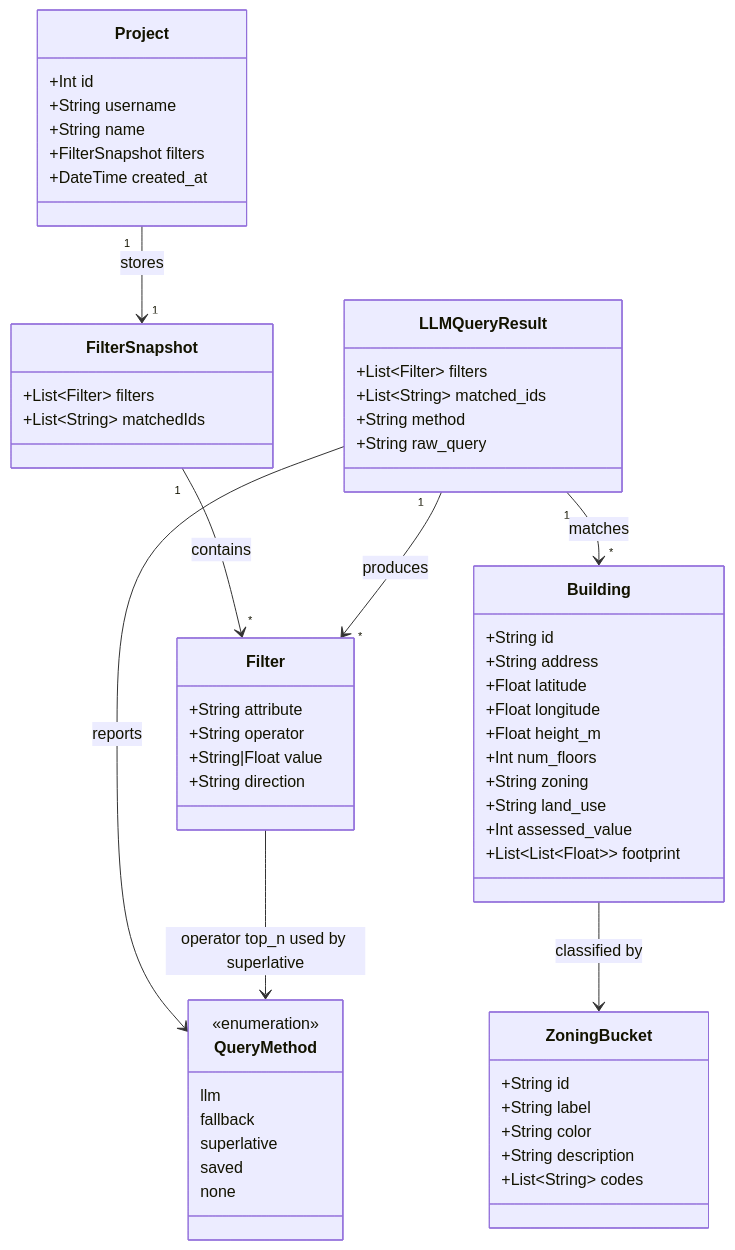
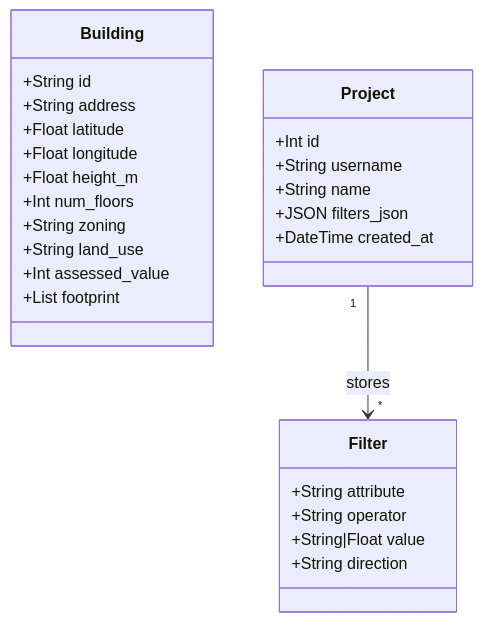
The diagram in docs/uml/class-diagram.mmd (yuvisondh/CityScope-Calgary), drawn with Mermaid before and after one commit. The commit also changed 1 other file, not shown here.

Commit message:
docs(uml): simplify class and sequence diagrams to match brief scope
Class diagram: 3 entities only (Building, Project, Filter). Removed
LLMQueryResult, FilterSnapshot, ZoningBucket, QueryMethod enum. Single
relationship: Project stores a list of Filters.

Sequence diagram: 4 participants (User, Frontend, Backend, Groq LLM).
Superlative preprocessor and regex fallback moved to a Note as internal
backend steps. ~8 steps total: query → POST → Groq → filters → apply
→ matched_ids → highlight. One alt block for Groq failure.

```diff
--- a/docs/uml/class-diagram.mmd
+++ b/docs/uml/class-diagram.mmd
@@ -1,65 +1,30 @@
 classDiagram
     class Building {
         +String id
         +String address
         +Float latitude
         +Float longitude
         +Float height_m
         +Int num_floors
         +String zoning
         +String land_use
         +Int assessed_value
-        +List~List~Float~~ footprint
+        +List footprint
     }
 
     class Project {
         +Int id
         +String username
         +String name
-        +FilterSnapshot filters
+        +JSON filters_json
         +DateTime created_at
-    }
-
-    class FilterSnapshot {
-        +List~Filter~ filters
-        +List~String~ matchedIds
     }
 
     class Filter {
         +String attribute
         +String operator
         +String|Float value
         +String direction
     }
 
-    class ZoningBucket {
-        +String id
-        +String label
-        +String color
-        +String description
-        +List~String~ codes
-    }
-
-    class LLMQueryResult {
-        +List~Filter~ filters
-        +List~String~ matched_ids
-        +String method
-        +String raw_query
-    }
-
-    class QueryMethod {
-        <<enumeration>>
-        llm
-        fallback
-        superlative
-        saved
-        none
-    }
-
-    Project "1" --> "1" FilterSnapshot : stores
-    FilterSnapshot "1" --> "*" Filter : contains
-    LLMQueryResult "1" --> "*" Filter : produces
-    LLMQueryResult "1" --> "*" Building : matches
-    LLMQueryResult --> QueryMethod : reports
-    Building --> ZoningBucket : classified by
-    Filter --> QueryMethod : operator top_n used by superlative
+    Project "1" --> "*" Filter : stores
```
